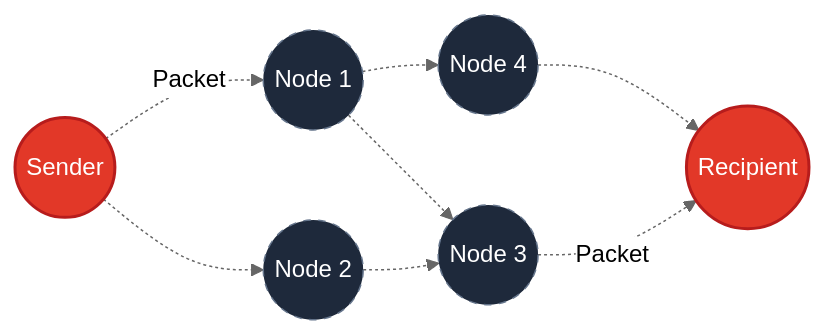
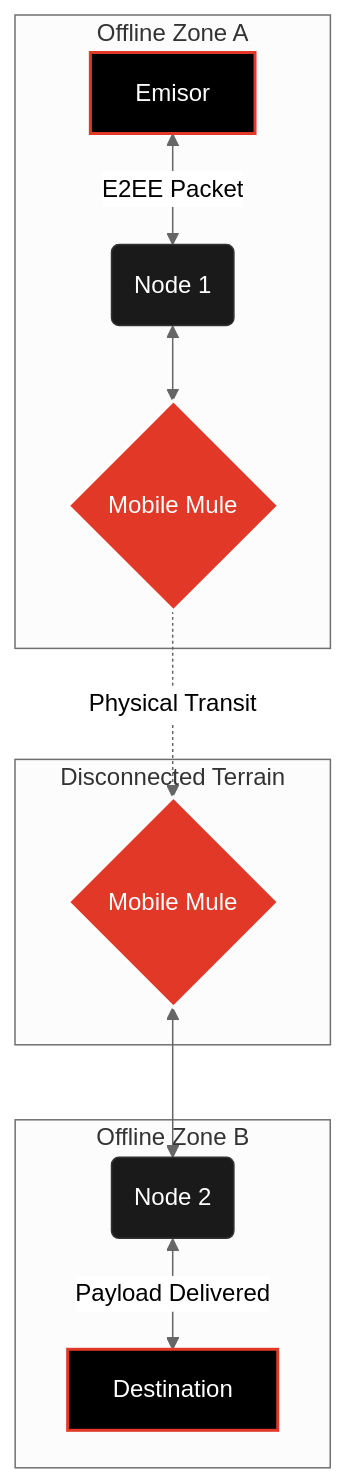
One commit to bridgefy/bridgefy-app changed the diagram in README.md. Above: the diagram before and after it, drawn with Mermaid (neutral theme). The commit also changed other lines of this file, not shown here.

````diff
--- a/README.md
+++ b/README.md
@@ -34,17 +67,23 @@
 ```mermaid
-graph LR
-    A((Sender)) -.->|Packet| B((Node 1))
-    A -.-> C((Node 2))
-    B -.-> D((Node 3))
-    B -.-> F((Node 4))
-    C -.-> D
-    F -.-> E
-    D -.->|Packet| E((Recipient))
-    
-    style A fill:#E23828,stroke:#B71C1C,stroke-width:2px,color:#fff
-    style E fill:#E23828,stroke:#B71C1C,stroke-width:2px,color:#fff
-    style B fill:#1e293b,stroke:#64748b,stroke-dasharray: 5 5,color:#fff
-    style C fill:#1e293b,stroke:#64748b,stroke-dasharray: 5 5,color:#fff
-    style D fill:#1e293b,stroke:#64748b,stroke-dasharray: 5 5,color:#fff
-    style F fill:#1e293b,stroke:#64748b,stroke-dasharray: 5 5,color:#fff
+graph TD
+    subgraph Offline Zone A
+    E[Emisor] <-->|E2EE Packet| N1(Node 1)
+    N1 <--> M{Mobile Mule}
+    end
+
+    subgraph Disconnected Terrain
+    M -.->|Physical Transit| M2{Mobile Mule}
+    end
+
+    subgraph Offline Zone B
+    M2 <--> N2(Node 2)
+    N2 <-->|Payload Delivered| D[Destination]
+    end
+
+    style E fill:#000000,stroke:#E23828,stroke-width:2px,color:#fff
+    style D fill:#000000,stroke:#E23828,stroke-width:2px,color:#fff
+    style M fill:#E23828,stroke:#fff,stroke-width:2px,color:#fff
+    style M2 fill:#E23828,stroke:#fff,stroke-width:2px,color:#fff
+    style N1 fill:#1a1a1a,stroke:#333,color:#fff
+    style N2 fill:#1a1a1a,stroke:#333,color:#fff
 ```
````
